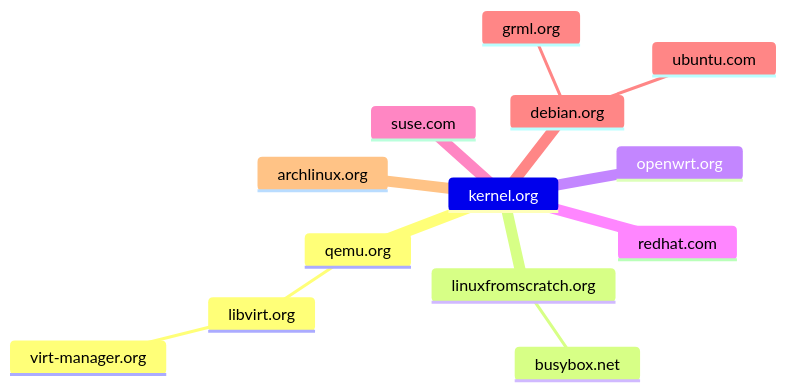
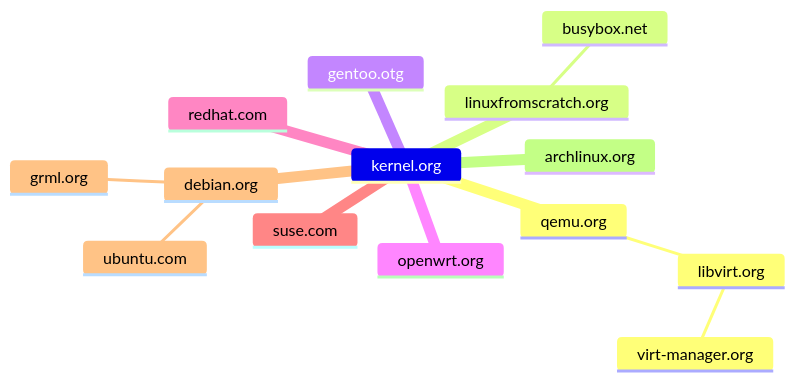
One commit to rogernul/temptest changed the diagram in l.md. Above: the diagram before and after it, drawn with Mermaid.

````diff
--- a/l.md
+++ b/l.md
@@ -1,16 +1,17 @@
 ```mermaid
 mindmap
 kernel.org
     qemu.org
       libvirt.org
         virt-manager.org
     linuxfromscratch.org
       busybox.net
+    gentoo.otg
     openwrt.org
     redhat.com
     suse.com
     debian.org
       grml.org
       ubuntu.com
     archlinux.org
 ```
````
